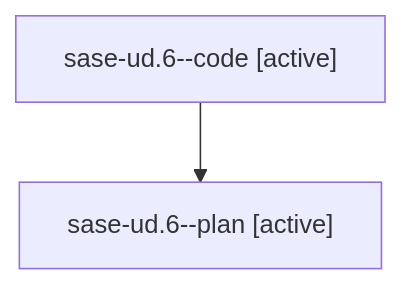
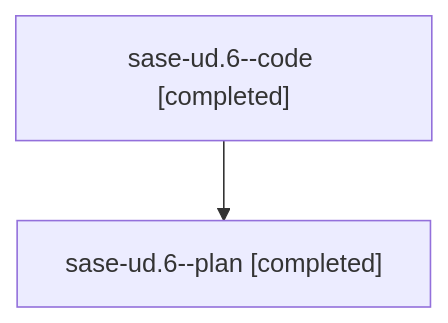
The diagram in families/bbugyi200.athena.sase-ud.6.md (sase-org/sase--agents), drawn with Mermaid before and after one commit. The commit also changed other lines of this file and 126 other files, not shown here.

````diff
--- a/families/bbugyi200.athena.sase-ud.6.md
+++ b/families/bbugyi200.athena.sase-ud.6.md
@@ -9,6 +9,6 @@
 ```mermaid
 flowchart TD
-  n0["sase-ud.6--code [active]"]
-  n1["sase-ud.6--plan [active]"]
+  n0["sase-ud.6--code [completed]"]
+  n1["sase-ud.6--plan [completed]"]
   n0 --> n1
 ```
````
